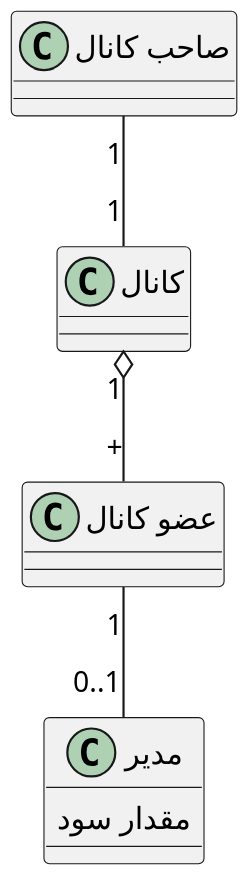
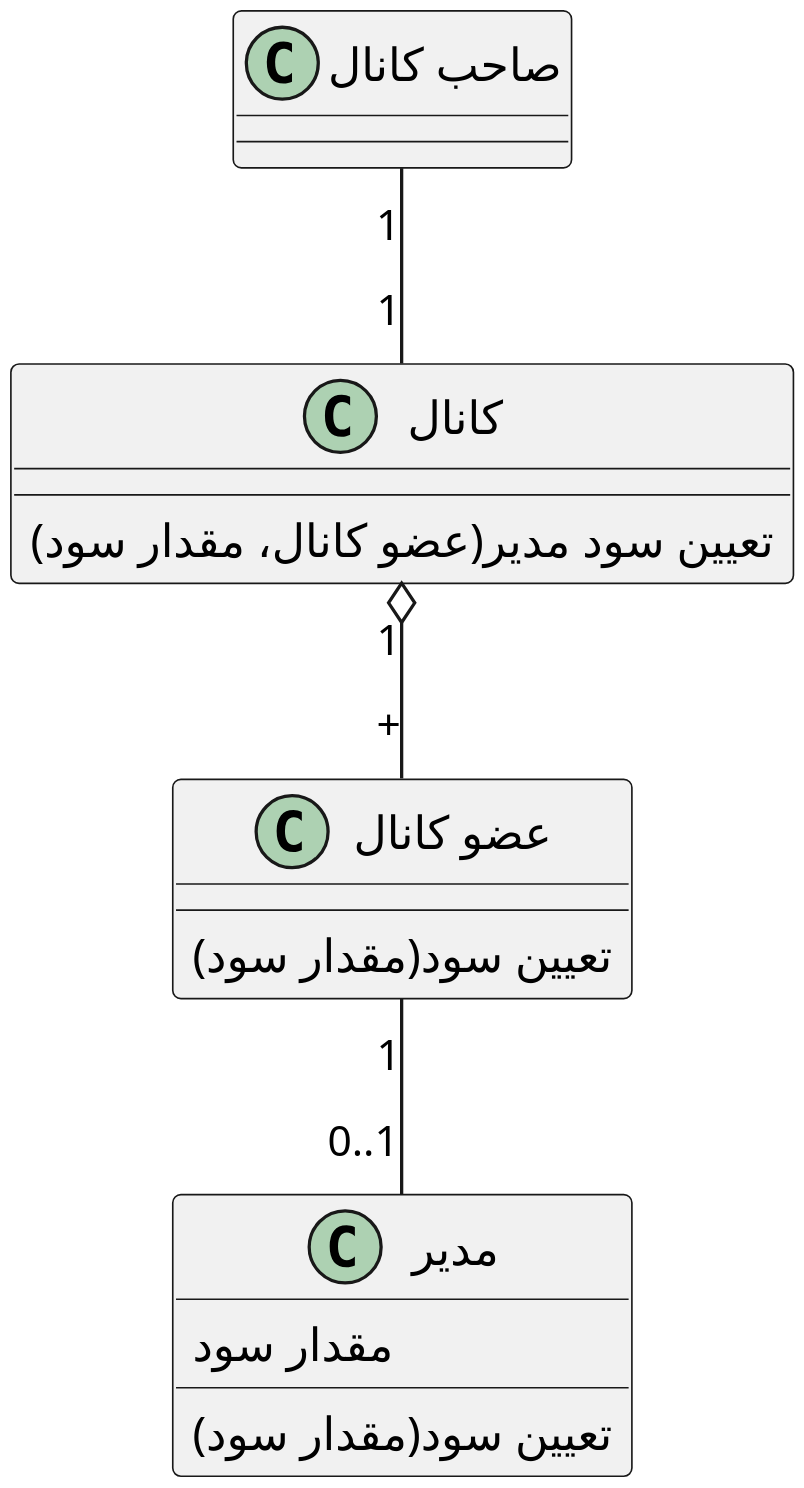
Before and after one commit to soleyman79/Qasedak: the diagram in Diagrams/Class/SetManagerProfit.puml, drawn with PlantUML. The commit also changed 1 other file, not shown here.

```diff
--- a/Diagrams/Class/SetManagerProfit.puml
+++ b/Diagrams/Class/SetManagerProfit.puml
@@ -1,25 +1,29 @@
 @startuml set_manager_profit
 
-scale 2
+
+scale 3
 skinparam DefaultFontName B Nazanin
 skinparam ArrowMessageAlignment right
 
 class "صاحب کانال" as owner {
 }
 
 class "کانال" as chanel {
+    تعیین سود مدیر(عضو کانال، مقدار سود)
 }
 
 class "عضو کانال" as member {
+    تعیین سود(مقدار سود)
 }
 
 class "مدیر" as manager {
     مقدار سود
+    تعیین سود(مقدار سود)
 }
 
 owner "1" -- "1" chanel
 chanel "1" o-- "+" member
 member "1" -- "0..1" manager
 
 
 @enduml
```
